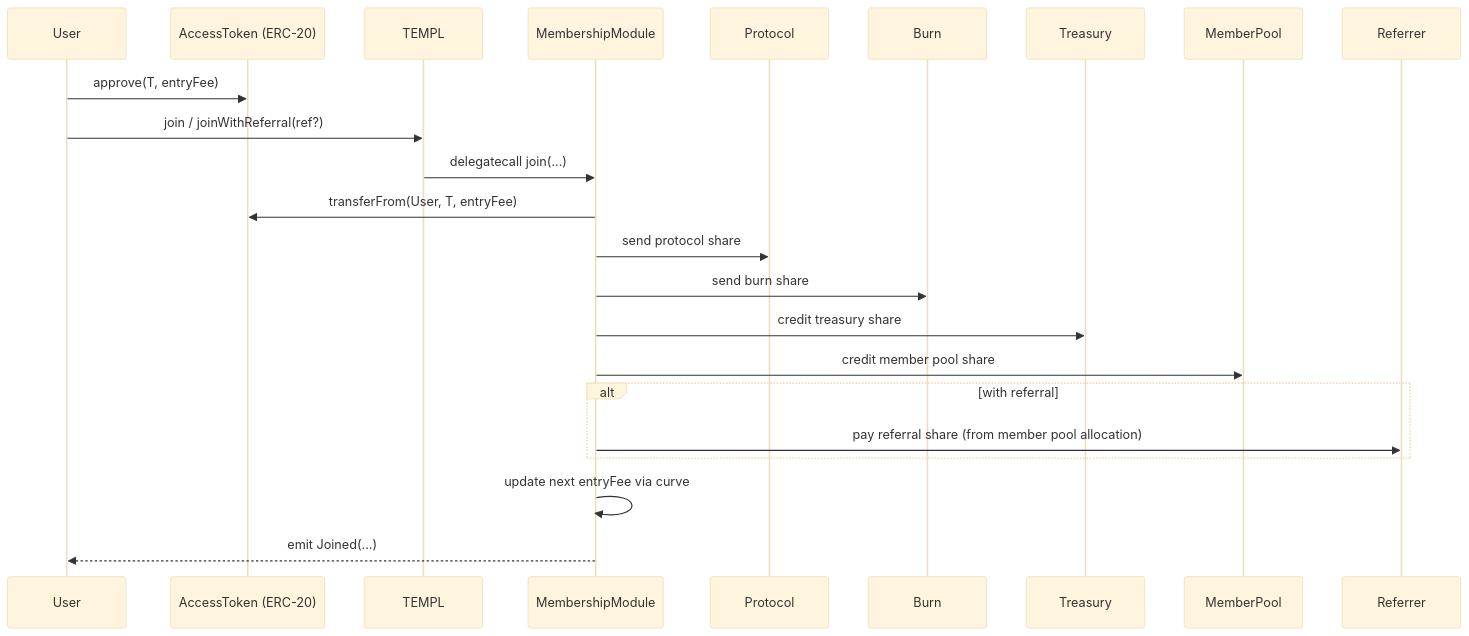
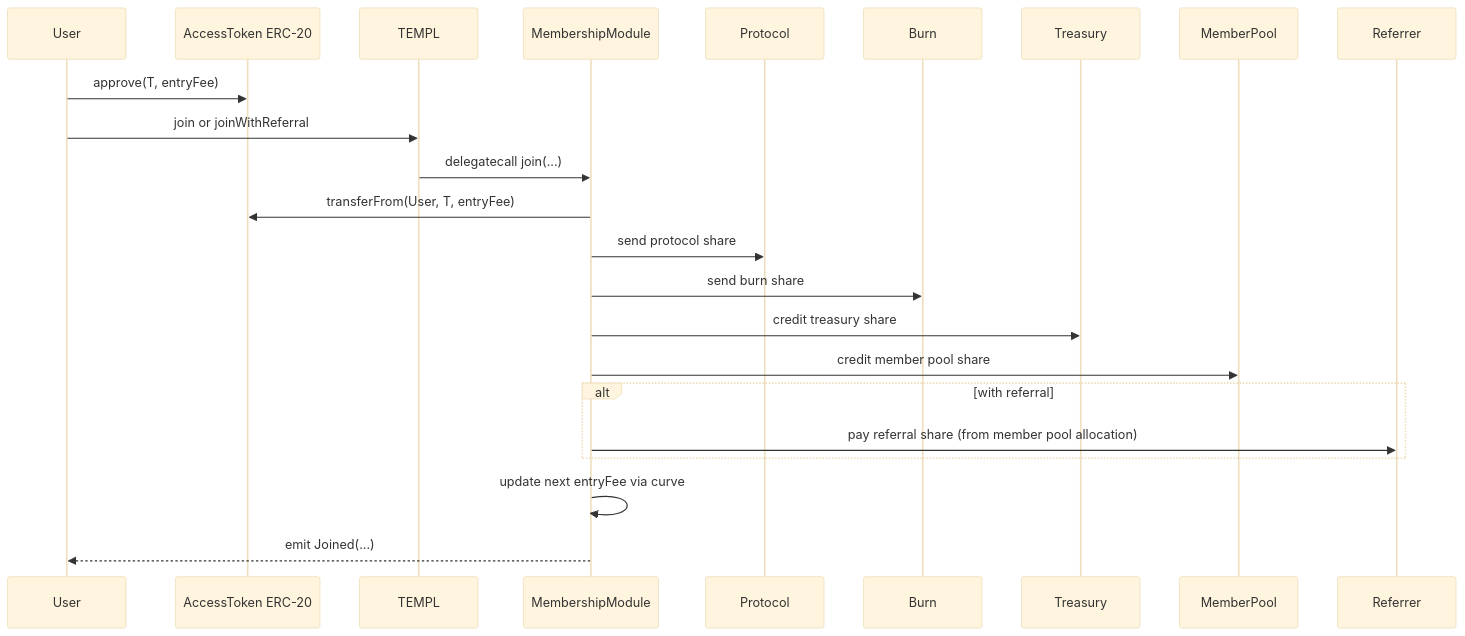
The fourth of 8 diagrams in README.md (templ-fun/evm-protocol), drawn with Mermaid (base theme) before and after one commit. The commit also changed other lines of this file, not shown here.

Commit message:
improve diagrams

````diff
--- a/README.md
+++ b/README.md
@@ -211,26 +222,26 @@
 ```mermaid
 sequenceDiagram
   participant User
-  participant Token as AccessToken (ERC-20)
+  participant Token as AccessToken ERC-20
   participant T as TEMPL
   participant M as MembershipModule
   participant Prot as Protocol
   participant Burn as Burn
   participant Treas as Treasury
   participant Pool as MemberPool
   participant Ref as Referrer
 
   User->>Token: approve(T, entryFee)
-  User->>T: join / joinWithReferral(ref?)
+  User->>T: join or joinWithReferral
   T->>M: delegatecall join(...)
   M->>Token: transferFrom(User, T, entryFee)
   M->>Prot: send protocol share
   M->>Burn: send burn share
   M->>Treas: credit treasury share
   M->>Pool: credit member pool share
   alt with referral
     M->>Ref: pay referral share (from member pool allocation)
   end
   M->>M: update next entryFee via curve
   M-->>User: emit Joined(...)
 ```
````
